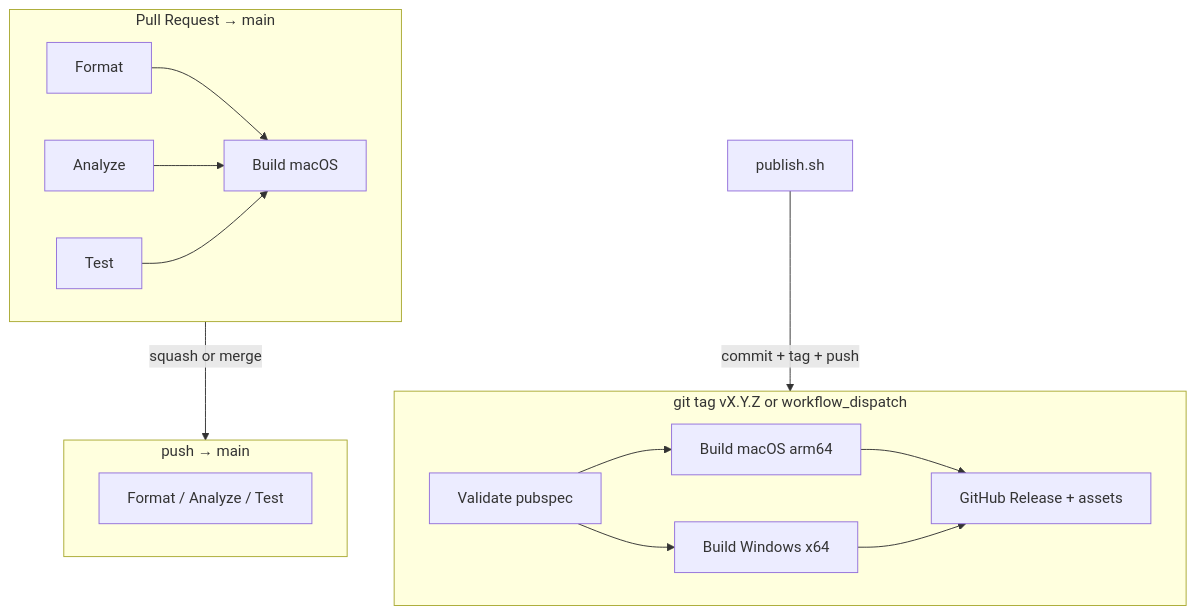
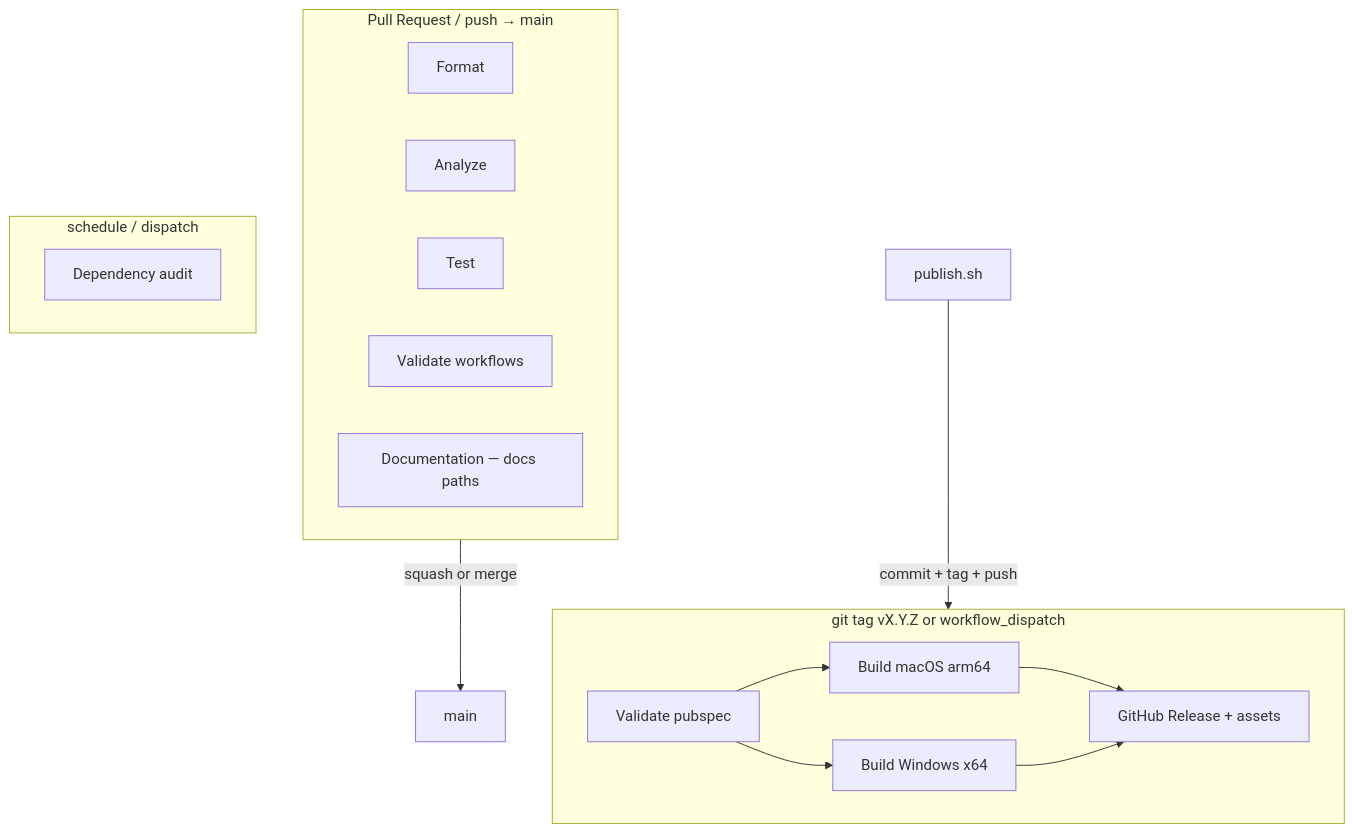
Before and after one commit to roshandroids/AI_Tray: the diagram in docs/release/CI-CD.md, drawn with Mermaid. The commit also changed other lines of this file and 20 other files, not shown here.

````diff
--- a/docs/release/CI-CD.md
+++ b/docs/release/CI-CD.md
@@ -15,25 +26,25 @@
 ```mermaid
 flowchart TB
-  subgraph PR["Pull Request → main"]
+  subgraph PR["Pull Request / push → main"]
     F[Format]
     A[Analyze]
     T[Test]
-    BM[Build macOS]
-    F & A & T --> BM
-  end
-
-  subgraph MAIN["push → main"]
-    CI[Format / Analyze / Test]
+    W[Validate workflows]
+    D[Documentation — docs paths]
   end
 
   subgraph REL["git tag vX.Y.Z or workflow_dispatch"]
     V[Validate pubspec]
     MA[Build macOS arm64]
     WIN[Build Windows x64]
     GH[GitHub Release + assets]
     V --> MA & WIN --> GH
   end
 
-  PR -->|squash or merge| MAIN
+  subgraph M["schedule / dispatch"]
+    DEP[Dependency audit]
+  end
+
+  PR -->|squash or merge| main
   PUB[publish.sh] -->|commit + tag + push| REL
 ```
````
